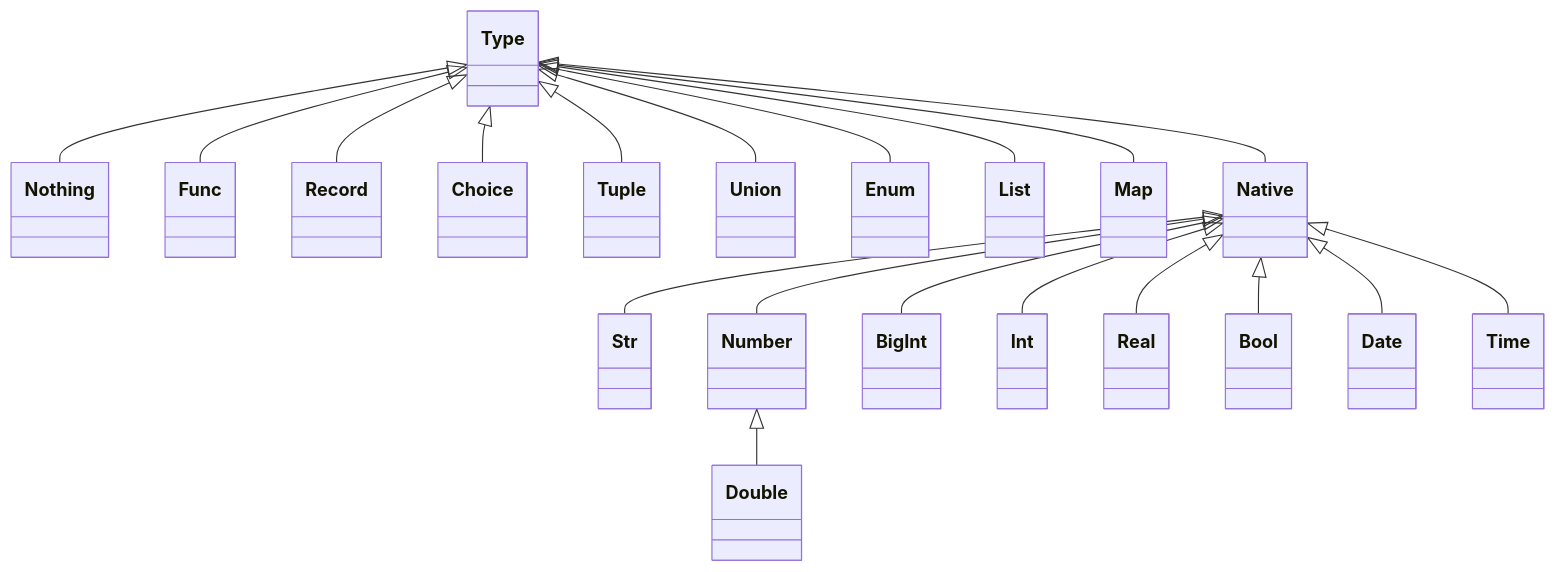
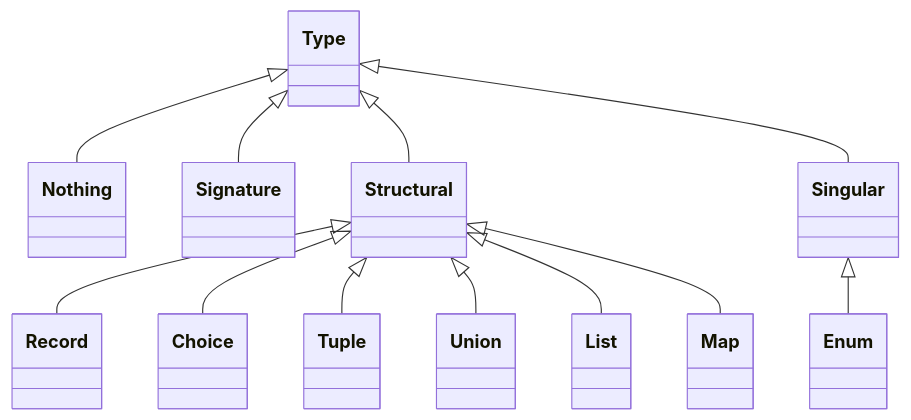
The diagram in README.md (dmitrysharkov/hexa-ruby), drawn with Mermaid before and after one commit. The commit also changed other lines of this file and 41 other files, not shown here.

````diff
--- a/README.md
+++ b/README.md
@@ -12,22 +17,14 @@
 ```mermaid
 classDiagram
       Type <|-- Nothing 
-      Type <|-- Func
-      Type <|-- Record
-      Type <|-- Choice 
-      Type <|-- Tuple
-      Type <|-- Union
-      Type <|-- Enum
-      Type <|-- List
-      Type <|-- Map
-      Type <|-- Native
-      Native <|-- Str
-      Native <|-- Number
-      Native <|-- BigInt
-      Native <|-- Int
-      Number <|-- Double
-      Native <|-- Real
-      Native <|-- Bool
-      Native <|-- Date
-      Native <|-- Time  
+      Type <|-- Signature
+      Type <|-- Structural
+      Structural <|-- Record
+      Structural <|-- Choice 
+      Structural <|-- Tuple
+      Structural <|-- Union
+      Structural <|-- List
+      Structural <|-- Map
+      Type <|-- Singular
+      Singular <|-- Enum
 ```
````
